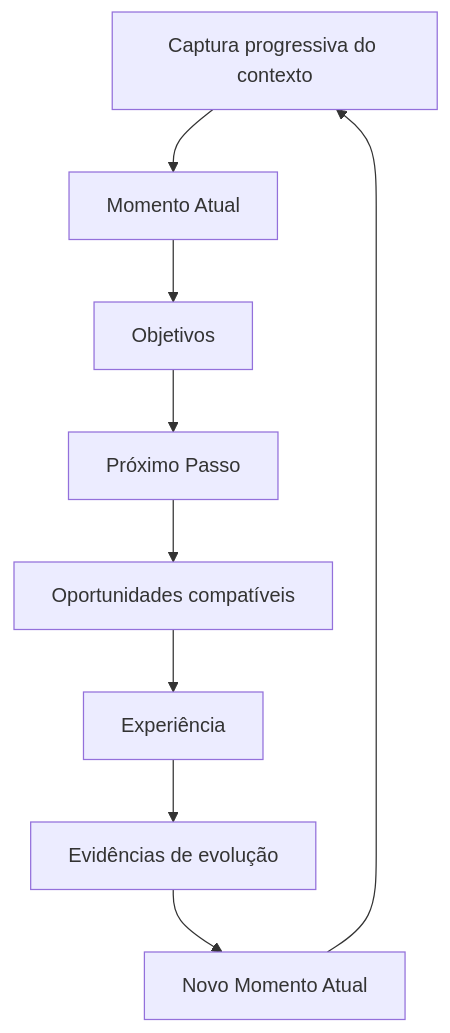
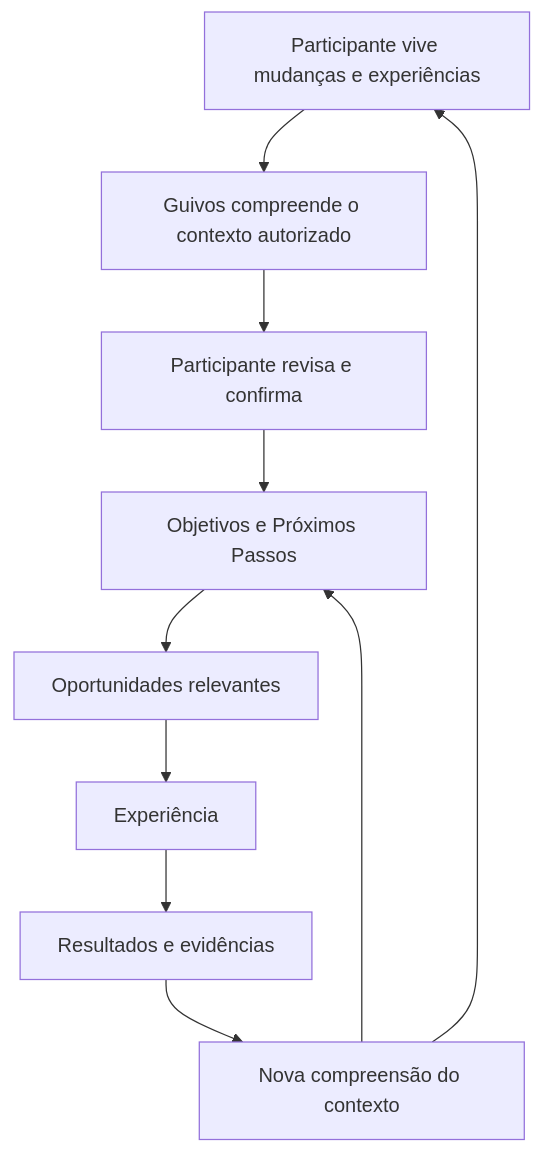
Before and after one commit to guivos-repositorio/Guivos-Knowledge-Repository: the first of 2 diagrams in docs/public/guia-oficial-da-guivos.md, drawn with Mermaid. The commit also changed other lines of this file, not shown here.

````diff
--- a/docs/public/guia-oficial-da-guivos.md
+++ b/docs/public/guia-oficial-da-guivos.md
@@ -312,20 +236,21 @@
 ```mermaid
 flowchart TD
-    A[Captura progressiva do contexto]
-    B[Momento Atual]
-    C[Objetivos]
-    D[Próximo Passo]
-    E[Oportunidades compatíveis]
+    A[Participante vive mudanças e experiências]
+    B[Guivos compreende o contexto autorizado]
+    C[Participante revisa e confirma]
+    D[Objetivos e Próximos Passos]
+    E[Oportunidades relevantes]
     F[Experiência]
-    G[Evidências de evolução]
-    H[Novo Momento Atual]
+    G[Resultados e evidências]
+    H[Nova compreensão do contexto]
 
     A --> B
     B --> C
     C --> D
     D --> E
     E --> F
     F --> G
     G --> H
+    H --> D
     H --> A
 ```
````
